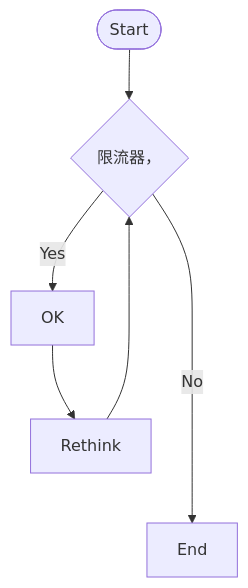
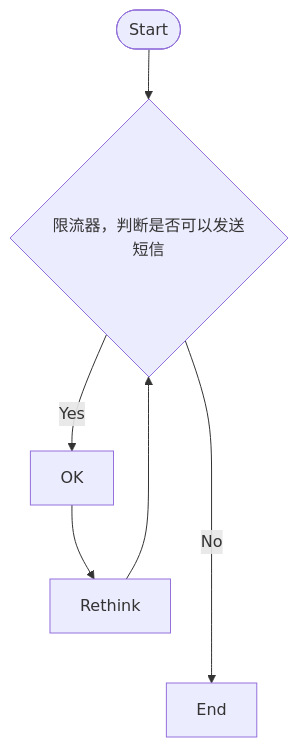
The diagram in all/未命名-5.md (yingjianzh/iodraw-files), drawn with Mermaid before and after one commit.

Commit message:
2024-08-08 17:58:05 update

````diff
--- a/all/未命名-5.md
+++ b/all/未命名-5.md
@@ -1,8 +1,8 @@
 ```mermaid
 flowchart TD
-     id1([Start]) --> B{限流器，}
+     id1([Start]) --> B{限流器，判断是否可以发送短信}
     B -- Yes --> C[OK]
     C --> D[Rethink]
     D --> B
     B -- No ----> E[End]
 ```
````
